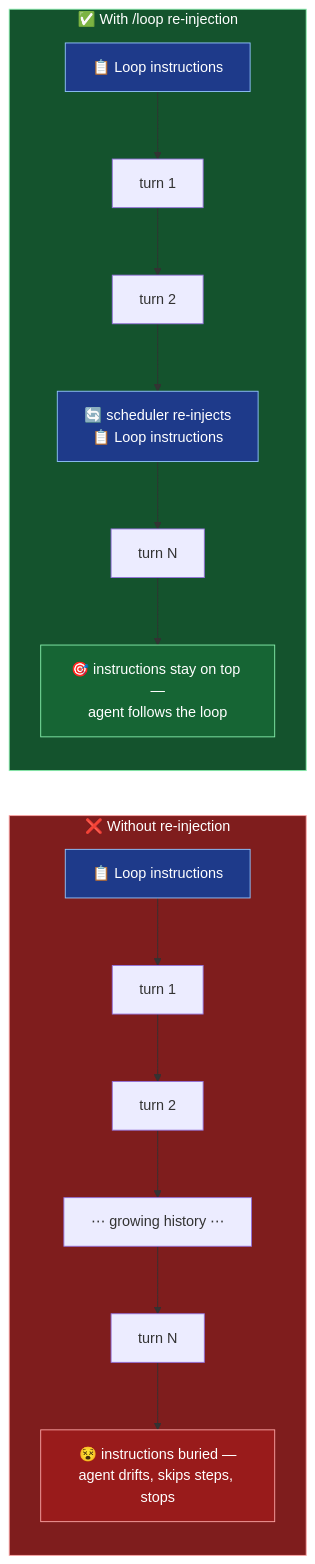
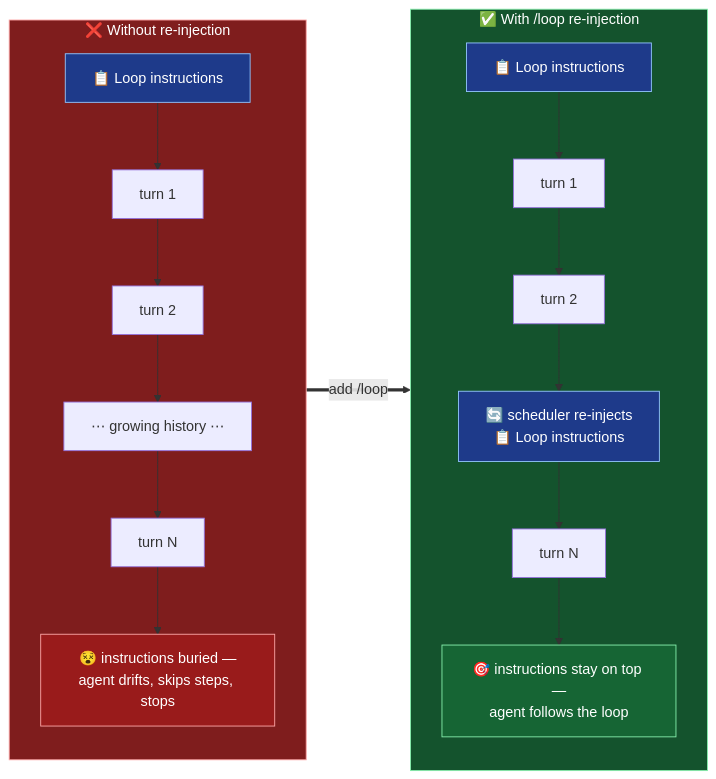
Before and after one commit to vlasenkoalexey/vlasenkoalexey.github.io: the first of 3 diagrams in _posts/2026-06-05-making-karpathy-autoresearch-production-ready.md, drawn with Mermaid.

Commit message:
Lay out context-pollution diagram left-to-right with a connecting arrow
Add BEFORE ==> AFTER edge so the red 'without' panel sits on the left, the
green 'with /loop' panel on the right, joined by an 'add /loop' arrow.

````diff
--- a/_posts/2026-06-05-making-karpathy-autoresearch-production-ready.md
+++ b/_posts/2026-06-05-making-karpathy-autoresearch-production-ready.md
@@ -57,30 +57,31 @@
 ```mermaid
 flowchart LR
     subgraph BEFORE["❌ Without re-injection"]
         direction TB
         B0["📋 Loop instructions"]
         B1["turn 1"]
         B2["turn 2"]
         B3["⋯ growing history ⋯"]
         B4["turn N"]
         B5["😵 instructions buried —<br/>agent drifts, skips steps, stops"]
         B0 --> B1 --> B2 --> B3 --> B4 --> B5
     end
     subgraph AFTER["✅ With /loop re-injection"]
         direction TB
         A0["📋 Loop instructions"]
         A1["turn 1"]
         A2["turn 2"]
         AR["🔄 scheduler re-injects<br/>📋 Loop instructions"]
         A3["turn N"]
         A4["🎯 instructions stay on top —<br/>agent follows the loop"]
         A0 --> A1 --> A2 --> AR --> A3 --> A4
     end
+    BEFORE ==>|"add /loop"| AFTER
     style BEFORE fill:#7f1d1d,stroke:#fca5a5,color:#fff
     style AFTER fill:#14532d,stroke:#86efac,color:#fff
     style B0 fill:#1e3a8a,stroke:#93c5fd,color:#fff
     style A0 fill:#1e3a8a,stroke:#93c5fd,color:#fff
     style AR fill:#1e3a8a,stroke:#93c5fd,color:#fff
     style B5 fill:#991b1b,stroke:#fca5a5,color:#fff
     style A4 fill:#166534,stroke:#86efac,color:#fff
 ```
````
